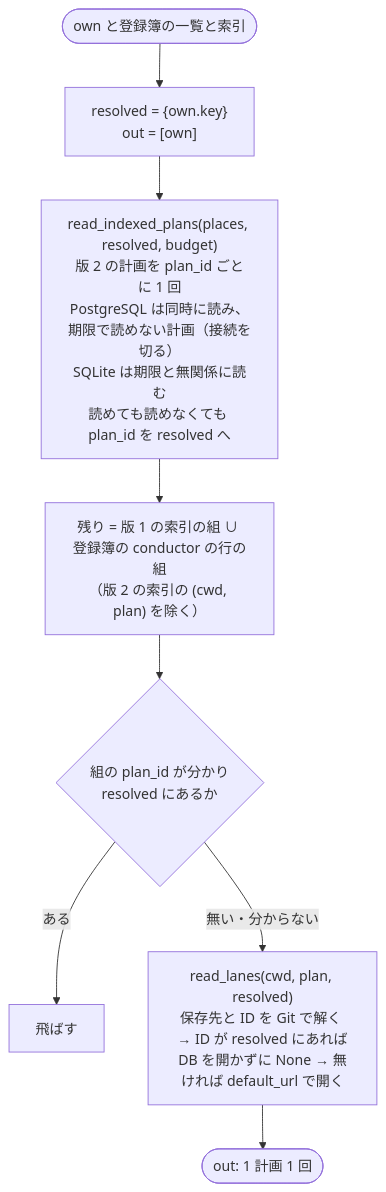
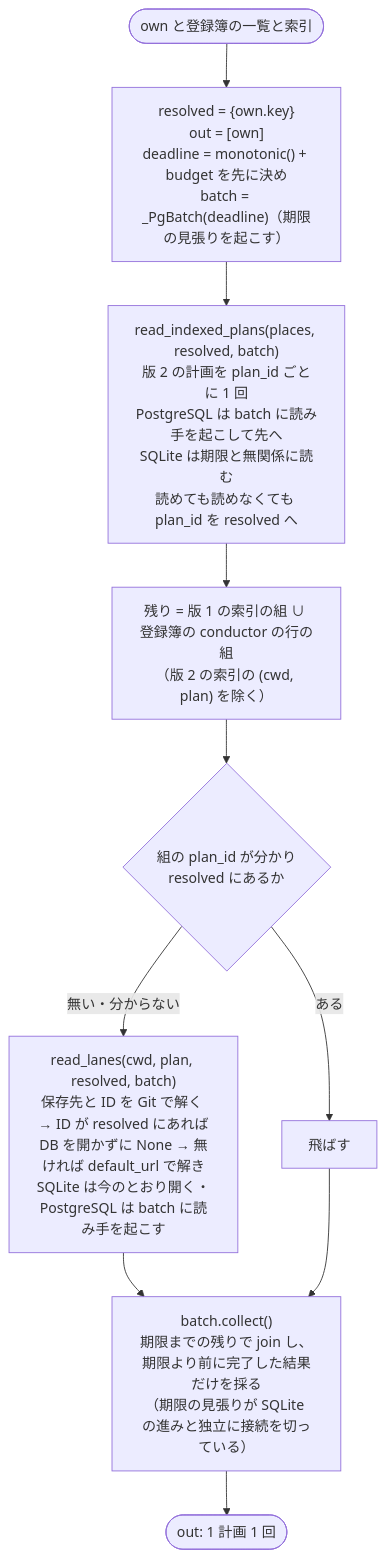
One commit to devbasex/ai-plugins changed the third of 3 diagrams in issues/issue-4113-design.md. Above: the diagram before and after it, drawn with Mermaid. The commit also changed other lines of this file, not shown here.

Commit message:
Docs: #4113 の設計にレビューの指摘を反映（共通の期限を先に決めて SQLite と独立に切る・方言の初期化より前の登録・中断用の記述子の所有権・版 1 の PostgreSQL にも期限）

````diff
--- a/issues/issue-4113-design.md
+++ b/issues/issue-4113-design.md
@@ -69,10 +69,12 @@
 ```mermaid
 flowchart TD
-  S([own と登録簿の一覧と索引]) --> A["resolved = {own.key}<br>out = [own]"]
-  A --> V["read_indexed_plans(places, resolved, budget)<br>版 2 の計画を plan_id ごとに 1 回<br>PostgreSQL は同時に読み、期限で読めない計画（接続を切る）<br>SQLite は期限と無関係に読む<br>読めても読めなくても plan_id を resolved へ"]
+  S([own と登録簿の一覧と索引]) --> A["resolved = {own.key}<br>out = [own]<br>deadline = monotonic() + budget を先に決め<br>batch = _PgBatch(deadline)（期限の見張りを起こす）"]
+  A --> V["read_indexed_plans(places, resolved, batch)<br>版 2 の計画を plan_id ごとに 1 回<br>PostgreSQL は batch に読み手を起こして先へ<br>SQLite は期限と無関係に読む<br>読めても読めなくても plan_id を resolved へ"]
   V --> L["残り = 版 1 の索引の組 ∪ 登録簿の conductor の行の組<br>（版 2 の索引の (cwd, plan) を除く）"]
   L --> R{"組の plan_id が分かり<br>resolved にあるか"}
   R -- ある --> N[飛ばす]
-  R -- "無い・分からない" --> RL["read_lanes(cwd, plan, resolved)<br>保存先と ID を Git で解く → ID が resolved にあれば<br>DB を開かずに None → 無ければ default_url で開く"]
-  RL --> O([out: 1 計画 1 回])
+  R -- "無い・分からない" --> RL["read_lanes(cwd, plan, resolved, batch)<br>保存先と ID を Git で解く → ID が resolved にあれば<br>DB を開かずに None → 無ければ default_url で解き<br>SQLite は今のとおり開く・PostgreSQL は batch に読み手を起こす"]
+  RL --> C["batch.collect()<br>期限までの残りで join し、期限より前に完了した結果だけを採る<br>（期限の見張りが SQLite の進みと独立に接続を切っている）"]
+  N --> C
+  C --> O([out: 1 計画 1 回])
 ```
````
